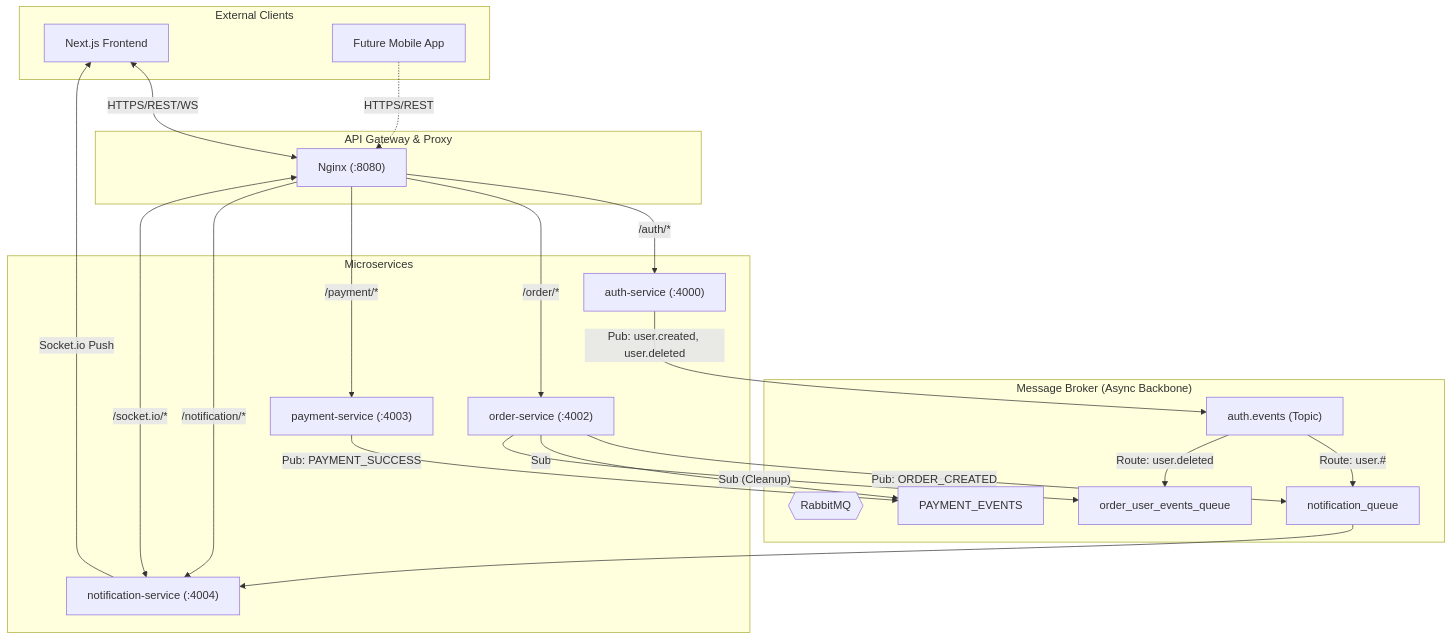
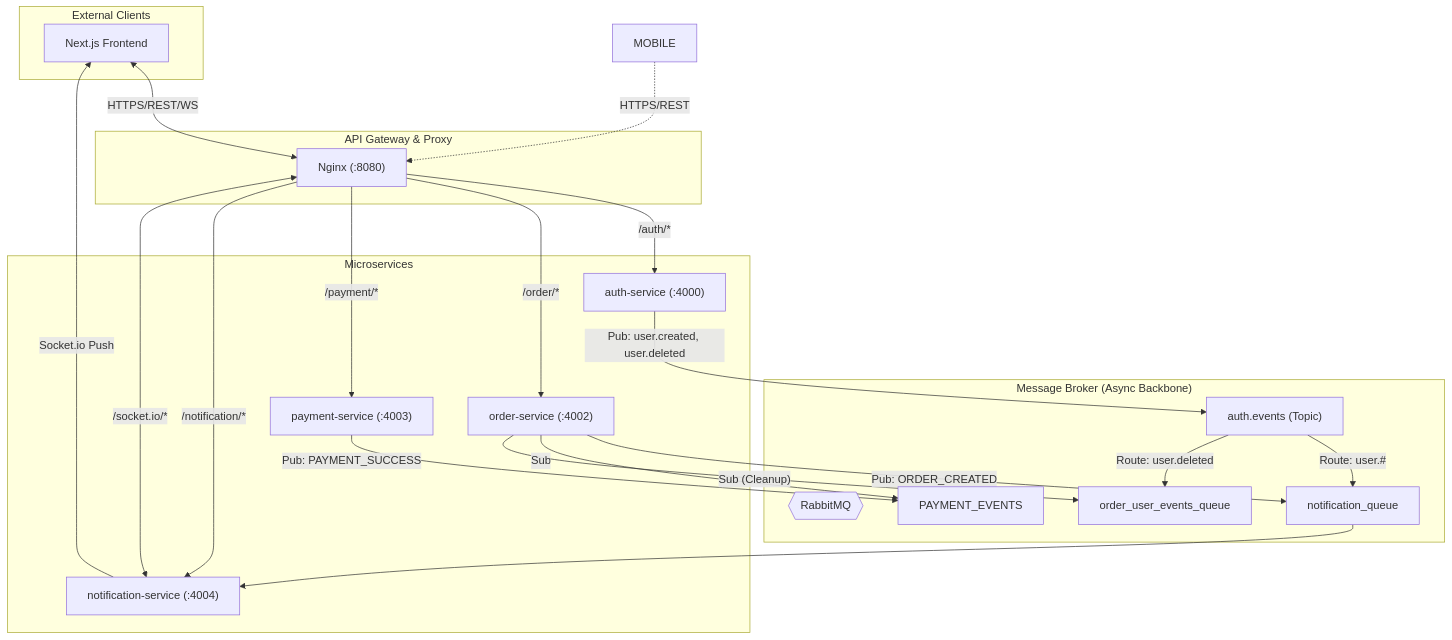
The first of 21 diagrams in profile/README.md (Food-Delivery-Aggregator/.github), drawn with Mermaid before and after one commit.

Commit message:
Remove 'Future Mobile App' from README flowchart
Removed reference to 'Future Mobile App' from the flowchart.

````diff
--- a/profile/README.md
+++ b/profile/README.md
@@ -113,52 +113,51 @@
 ```mermaid
 flowchart TD
     subgraph "External Clients"
         FE[Next.js Frontend]
-        MOBILE[Future Mobile App]
     end
 
     subgraph "API Gateway & Proxy"
         NGX["Nginx (:8080)"]
     end
 
     subgraph "Message Broker (Async Backbone)"
         RMQ{{"RabbitMQ"}}
         EX_AUTH["auth.events (Topic)"]
         Q_NOTIF["notification_queue"]
         Q_PAY["PAYMENT_EVENTS"]
         Q_ORDER_USER["order_user_events_queue"]
     end
 
     subgraph "Microservices"
         AUTH["auth-service (:4000)"]
         ORDER["order-service (:4002)"]
         PAY["payment-service (:4003)"]
         NOTIFY["notification-service (:4004)"]
     end
 
     %% Synchronous Flows (HTTP/WS)
     FE <-->|HTTPS/REST/WS| NGX
     MOBILE -.->|HTTPS/REST| NGX
     
     NGX -->|/auth/*| AUTH
     NGX -->|/order/*| ORDER
     NGX -->|/payment/*| PAY
     NGX -->|/notification/*| NOTIFY
     NGX <-->|/socket.io/*| NOTIFY
 
     %% Asynchronous Flows (RabbitMQ)
     AUTH --"Pub: user.created, user.deleted"--> EX_AUTH
     EX_AUTH --"Route: user.#"--> Q_NOTIF
     EX_AUTH --"Route: user.deleted"--> Q_ORDER_USER
     
     ORDER --"Pub: ORDER_CREATED"--> Q_NOTIF
     ORDER --"Sub"--> Q_PAY
     ORDER --"Sub (Cleanup)"--> Q_ORDER_USER
 
     PAY --"Pub: PAYMENT_SUCCESS"--> Q_PAY
     
     Q_NOTIF --> NOTIFY
     
     %% Real-time Push
     NOTIFY --"Socket.io Push"--> FE
 ```
````
